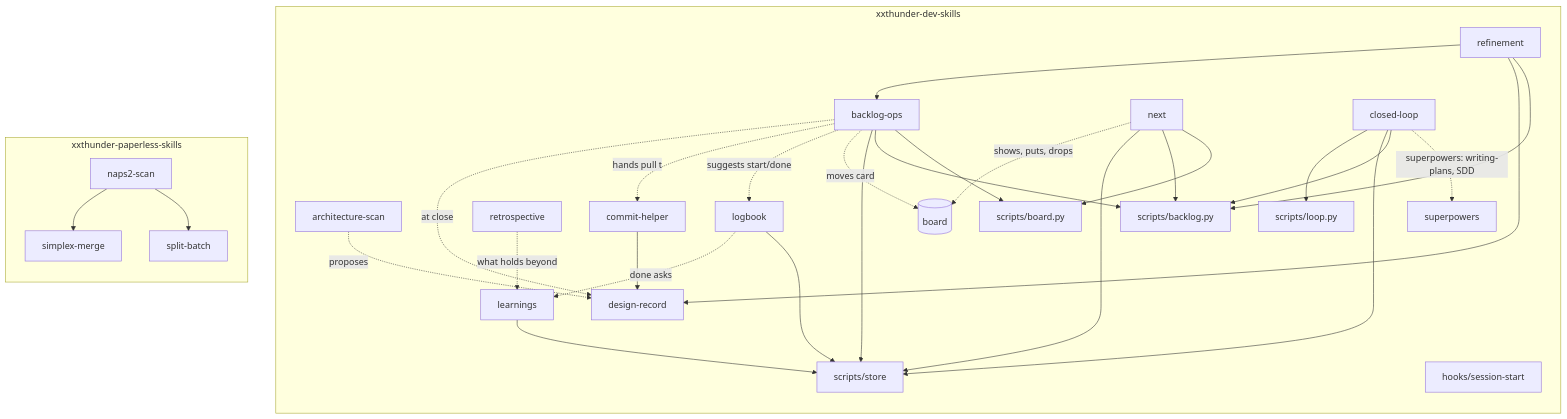
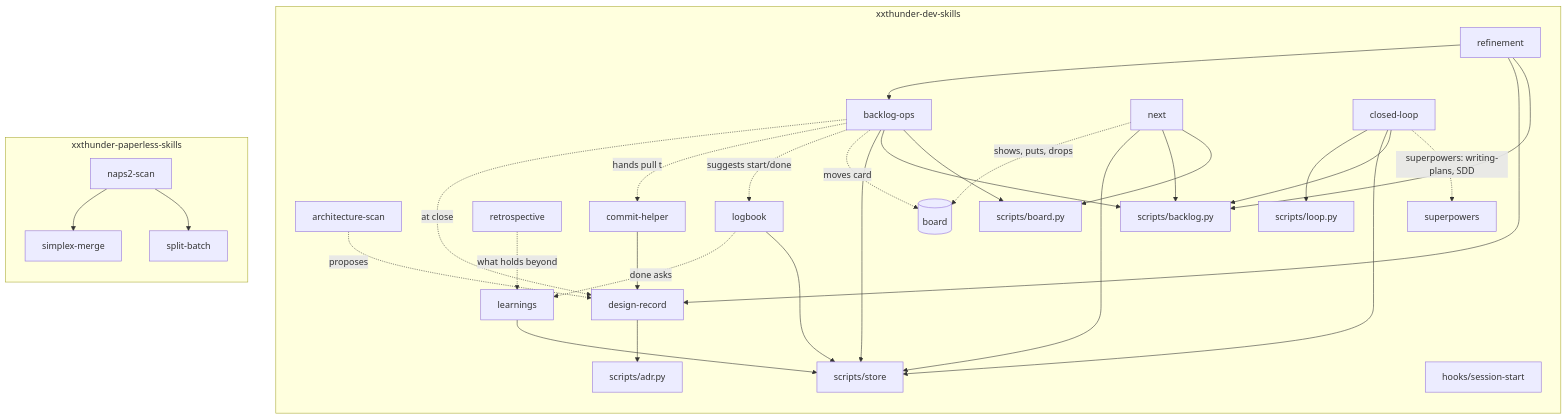
Before and after one commit to xxthunder/xxthunder-agentic-skills: the third of 9 diagrams in docs/architecture.md, drawn with Mermaid. The commit also changed other lines of this file and 4 other files, not shown here.

Commit message:
feat(design-record): adr.py migrate turns ADR headers into needs (XAS-044b)

````diff
--- a/docs/architecture.md
+++ b/docs/architecture.md
@@ -70,37 +70,38 @@
 ```mermaid
 flowchart TB
     subgraph dev["xxthunder-dev-skills"]
         direction TB
         refinement --> backlog["backlog-ops"]
         refinement --> record["design-record"]
         scan["architecture-scan"] -.proposes.-> record
         commit["commit-helper"] --> record
         backlog -.at close.-> record
         backlog -.hands pull to.-> commit
         retro["retrospective"]
         retro -.what holds beyond.-> learn["learnings"]
         backlog -.suggests start/done.-> logb["logbook"]
         logb -.done asks.-> learn
         backlog -.moves card.-> board[("board")]
         nxt["next"] -.shows, puts, drops.-> board
         nxt --> storesh
         backlog --> storesh
         nxt --> backpy
         learn --> storesh["scripts/store"]
         logb --> storesh
         refinement --> backpy["scripts/backlog.py"]
         backlog --> backpy
         nxt --> boardpy["scripts/board.py"]
         backlog --> boardpy
+        record --> adrpy["scripts/adr.py"]
         loop["closed-loop"] --> loopy["scripts/loop.py"]
         loop --> storesh
         loop --> backpy
         loop -.superpowers: writing-plans, SDD.-> sdd["superpowers"]
         hook["hooks/session-start"]
     end
     subgraph paper["xxthunder-paperless-skills"]
         direction TB
         scanp["naps2-scan"] --> merge["simplex-merge"]
         scanp --> split["split-batch"]
     end
 ```
````
